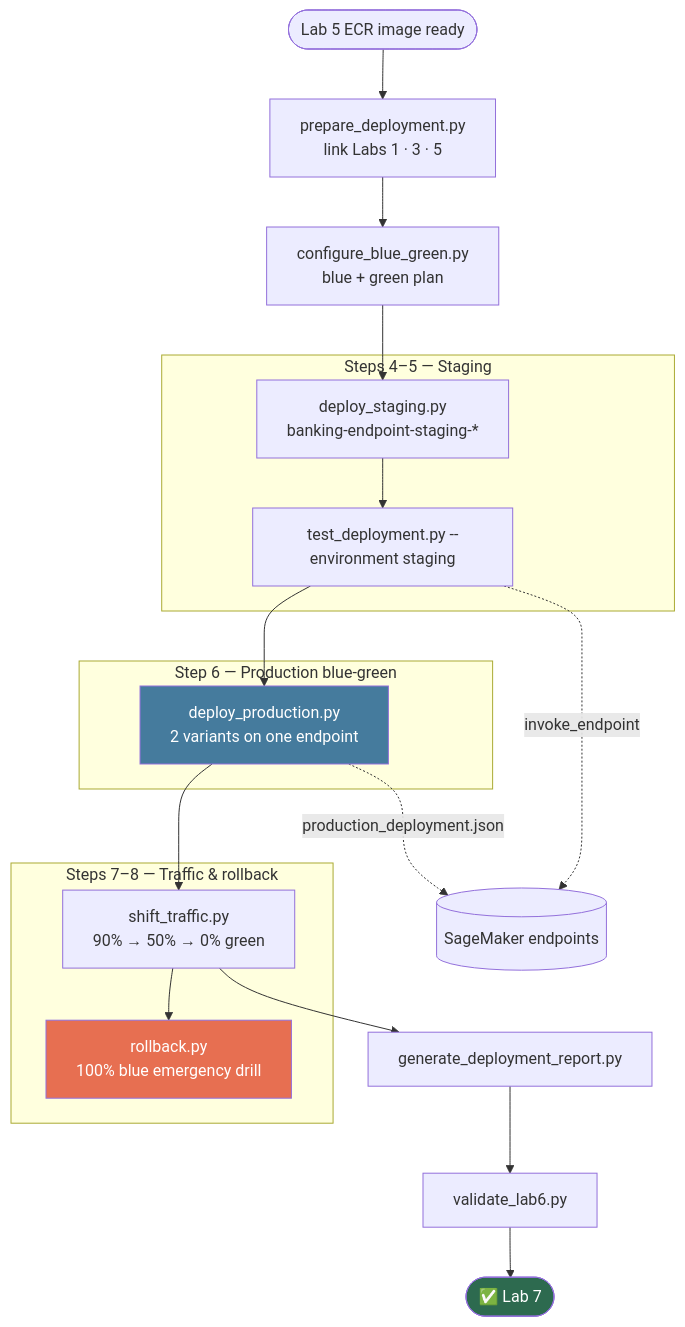
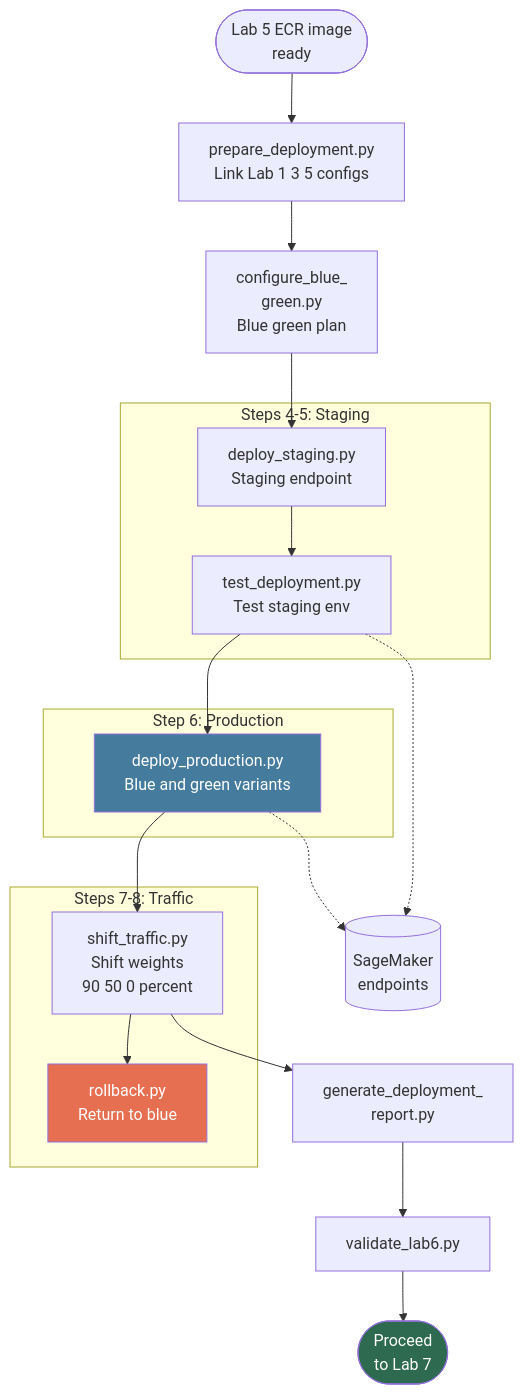
One commit to Innovation-In-Software/ai-infra-mlops changed the diagram in lab6/README.md. Above: the diagram before and after it, drawn with Mermaid. The commit also changed 10 other files, not shown here.

Commit message:
Fix lab flowcharts: multiline quoted labels to prevent text truncation.

````diff
--- a/lab6/README.md
+++ b/lab6/README.md
@@ -44,33 +44,33 @@
 ```mermaid
 flowchart TB
-    START([Lab 5 ECR image ready]) --> PREP[prepare_deployment.py<br/>link Labs 1 · 3 · 5]
-    PREP --> BG[configure_blue_green.py<br/>blue + green plan]
+    START(["Lab 5 ECR image<br/>ready"]) --> PREP["prepare_deployment.py<br/>Link Lab 1 3 5 configs"]
+    PREP --> BG["configure_blue_<br/>green.py<br/>Blue green plan"]
 
-    subgraph Staging["Steps 4–5 — Staging"]
-        DS[deploy_staging.py<br/>banking-endpoint-staging-*]
-        TS[test_deployment.py --environment staging]
+    subgraph Staging["Steps 4-5: Staging"]
+        DS["deploy_staging.py<br/>Staging endpoint"]
+        TS["test_deployment.py<br/>Test staging env"]
         DS --> TS
     end
 
-    subgraph Production["Step 6 — Production blue-green"]
-        DP[deploy_production.py<br/>2 variants on one endpoint]
+    subgraph Production["Step 6: Production"]
+        DP["deploy_production.py<br/>Blue and green variants"]
     end
 
-    subgraph Traffic["Steps 7–8 — Traffic & rollback"]
-        SH[shift_traffic.py<br/>90% → 50% → 0% green]
-        RB[rollback.py<br/>100% blue emergency drill]
+    subgraph Traffic["Steps 7-8: Traffic"]
+        SH["shift_traffic.py<br/>Shift weights<br/>90 50 0 percent"]
+        RB["rollback.py<br/>Return to blue"]
         SH --> RB
     end
 
-    REP[generate_deployment_report.py] --> VAL[validate_lab6.py] --> OK([✅ Lab 7])
+    REP["generate_deployment_<br/>report.py"] --> VAL["validate_lab6.py"] --> OK(["Proceed<br/>to Lab 7"])
 
     BG --> DS
     TS --> DP --> SH --> REP
 
-    DP -.->|production_deployment.json| EP[(SageMaker endpoints)]
-    TS -.->|invoke_endpoint| EP
+    DP -.-> EP[("SageMaker<br/>endpoints")]
+    TS -.-> EP
 
     style OK fill:#2d6a4f,color:#fff
     style DP fill:#457b9d,color:#fff
     style RB fill:#e76f51,color:#fff
 ```
````
